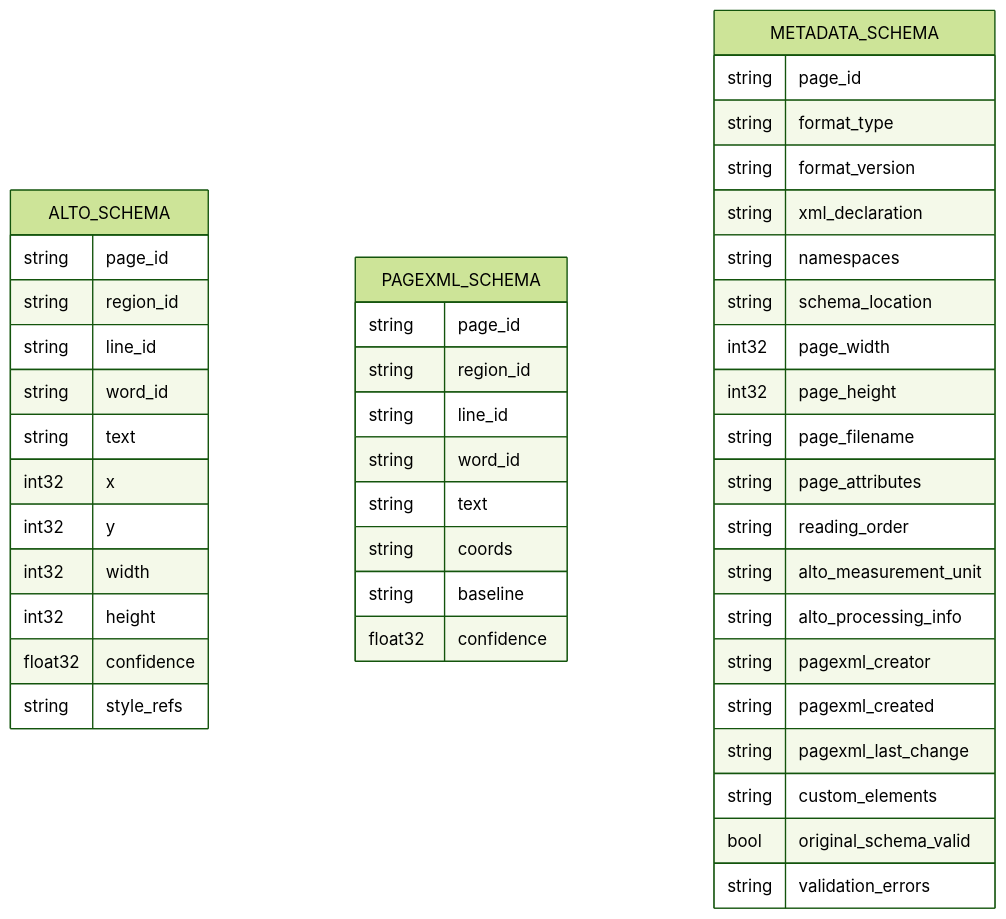
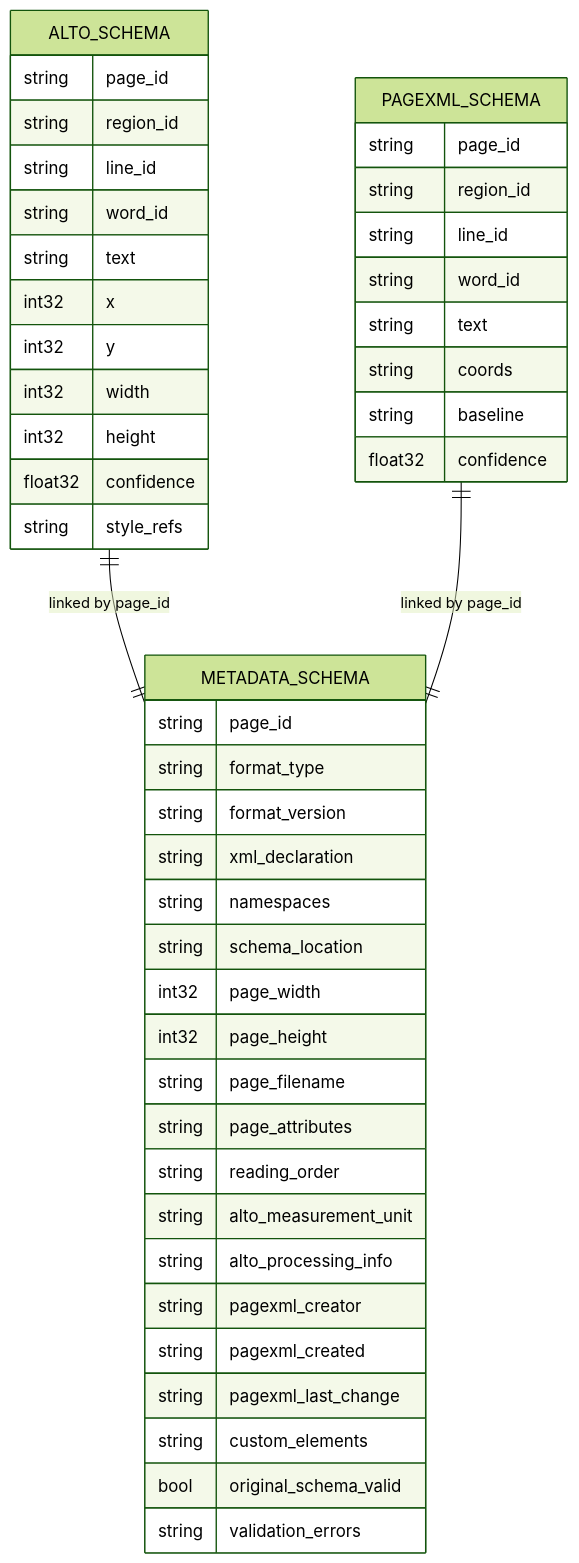
One commit to AI-Riksarkivet/meleon changed diagram 13 of 18 in ARCHITECTURE.md. Above: the diagram before and after it, drawn with Mermaid (forest theme). The commit also changed other lines of this file, not shown here.

Commit message:
made architecture.md clearer

````diff
--- a/ARCHITECTURE.md
+++ b/ARCHITECTURE.md
@@ -297,49 +384,52 @@
 ```mermaid
 erDiagram
     ALTO_SCHEMA {
         string page_id
         string region_id
         string line_id
         string word_id
         string text
         int32 x
         int32 y
         int32 width
         int32 height
         float32 confidence
         string style_refs
     }
 
     PAGEXML_SCHEMA {
         string page_id
         string region_id
         string line_id
         string word_id
         string text
         string coords
         string baseline
         float32 confidence
     }
 
     METADATA_SCHEMA {
         string page_id
         string format_type
         string format_version
         string xml_declaration
         string namespaces
         string schema_location
         int32 page_width
         int32 page_height
         string page_filename
         string page_attributes
         string reading_order
         string alto_measurement_unit
         string alto_processing_info
         string pagexml_creator
         string pagexml_created
         string pagexml_last_change
         string custom_elements
         bool original_schema_valid
         string validation_errors
     }
+
+    ALTO_SCHEMA ||--|| METADATA_SCHEMA : "linked by page_id"
+    PAGEXML_SCHEMA ||--|| METADATA_SCHEMA : "linked by page_id"
 ```
````
